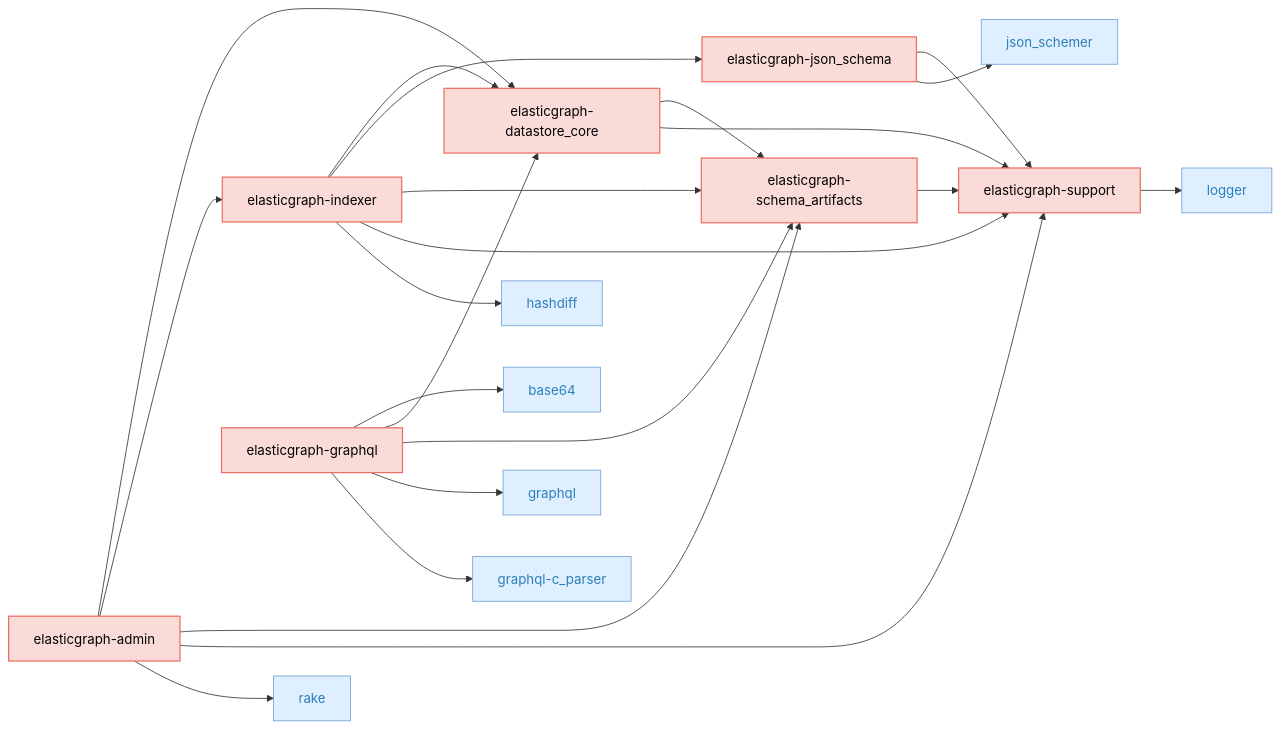
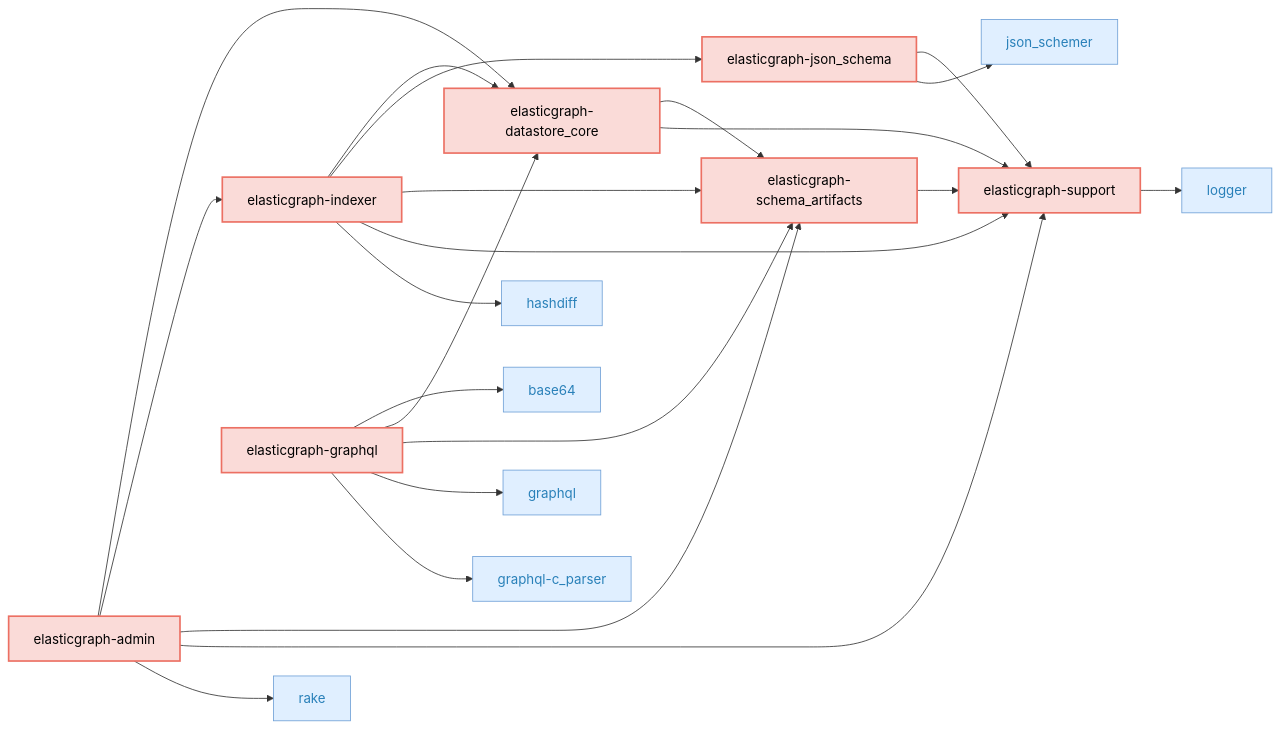
One commit to block/elasticgraph changed the first of 5 diagrams in CODEBASE_OVERVIEW.md. Above: the diagram before and after it, drawn with Mermaid. The commit also changed other lines of this file and 23 other files, not shown here.

````diff
--- a/CODEBASE_OVERVIEW.md
+++ b/CODEBASE_OVERVIEW.md
@@ -21,62 +21,62 @@
 ```mermaid
 graph LR;
-    classDef currentCategoryGemStyle fill:#FADBD8,stroke:#EC7063,color:#000,stroke-width:1.5px;
+    classDef targetGemStyle fill:#FADBD8,stroke:#EC7063,color:#000,stroke-width:2px;
     classDef otherEgGemStyle fill:#A9DFBF,stroke:#2ECC71,color:#000;
     classDef externalGemCatStyle fill:#E0EFFF,stroke:#70A1D7,color:#2980B9;
     elasticgraph-admin["elasticgraph-admin"];
     elasticgraph-datastore_core["elasticgraph-datastore_core"];
     elasticgraph-indexer["elasticgraph-indexer"];
     elasticgraph-schema_artifacts["elasticgraph-schema_artifacts"];
     elasticgraph-support["elasticgraph-support"];
     rake["rake"];
     elasticgraph-graphql["elasticgraph-graphql"];
     base64["base64"];
     graphql["graphql"];
     graphql-c_parser["graphql-c_parser"];
     elasticgraph-json_schema["elasticgraph-json_schema"];
     hashdiff["hashdiff"];
     json_schemer["json_schemer"];
     logger["logger"];
     elasticgraph-admin --> elasticgraph-datastore_core;
     elasticgraph-admin --> elasticgraph-indexer;
     elasticgraph-admin --> elasticgraph-schema_artifacts;
     elasticgraph-admin --> elasticgraph-support;
     elasticgraph-admin --> rake;
     elasticgraph-datastore_core --> elasticgraph-schema_artifacts;
     elasticgraph-datastore_core --> elasticgraph-support;
     elasticgraph-graphql --> base64;
     elasticgraph-graphql --> elasticgraph-datastore_core;
     elasticgraph-graphql --> elasticgraph-schema_artifacts;
     elasticgraph-graphql --> graphql;
     elasticgraph-graphql --> graphql-c_parser;
     elasticgraph-indexer --> elasticgraph-datastore_core;
     elasticgraph-indexer --> elasticgraph-json_schema;
     elasticgraph-indexer --> elasticgraph-schema_artifacts;
     elasticgraph-indexer --> elasticgraph-support;
     elasticgraph-indexer --> hashdiff;
     elasticgraph-json_schema --> elasticgraph-support;
     elasticgraph-json_schema --> json_schemer;
     elasticgraph-schema_artifacts --> elasticgraph-support;
     elasticgraph-support --> logger;
-    class elasticgraph-admin currentCategoryGemStyle;
-    class elasticgraph-datastore_core currentCategoryGemStyle;
-    class elasticgraph-indexer currentCategoryGemStyle;
-    class elasticgraph-schema_artifacts currentCategoryGemStyle;
-    class elasticgraph-support currentCategoryGemStyle;
+    class elasticgraph-admin targetGemStyle;
+    class elasticgraph-datastore_core targetGemStyle;
+    class elasticgraph-indexer targetGemStyle;
+    class elasticgraph-schema_artifacts targetGemStyle;
+    class elasticgraph-support targetGemStyle;
     class rake externalGemCatStyle;
-    class elasticgraph-graphql currentCategoryGemStyle;
+    class elasticgraph-graphql targetGemStyle;
     class base64 externalGemCatStyle;
     class graphql externalGemCatStyle;
     class graphql-c_parser externalGemCatStyle;
-    class elasticgraph-json_schema currentCategoryGemStyle;
+    class elasticgraph-json_schema targetGemStyle;
     class hashdiff externalGemCatStyle;
     class json_schemer externalGemCatStyle;
     class logger externalGemCatStyle;
     click rake href "https://rubygems.org/gems/rake" "Open on RubyGems.org" _blank;
     click base64 href "https://rubygems.org/gems/base64" "Open on RubyGems.org" _blank;
     click graphql href "https://rubygems.org/gems/graphql" "Open on RubyGems.org" _blank;
     click graphql-c_parser href "https://rubygems.org/gems/graphql-c_parser" "Open on RubyGems.org" _blank;
     click hashdiff href "https://rubygems.org/gems/hashdiff" "Open on RubyGems.org" _blank;
     click json_schemer href "https://rubygems.org/gems/json_schemer" "Open on RubyGems.org" _blank;
     click logger href "https://rubygems.org/gems/logger" "Open on RubyGems.org" _blank;
 ```
````
